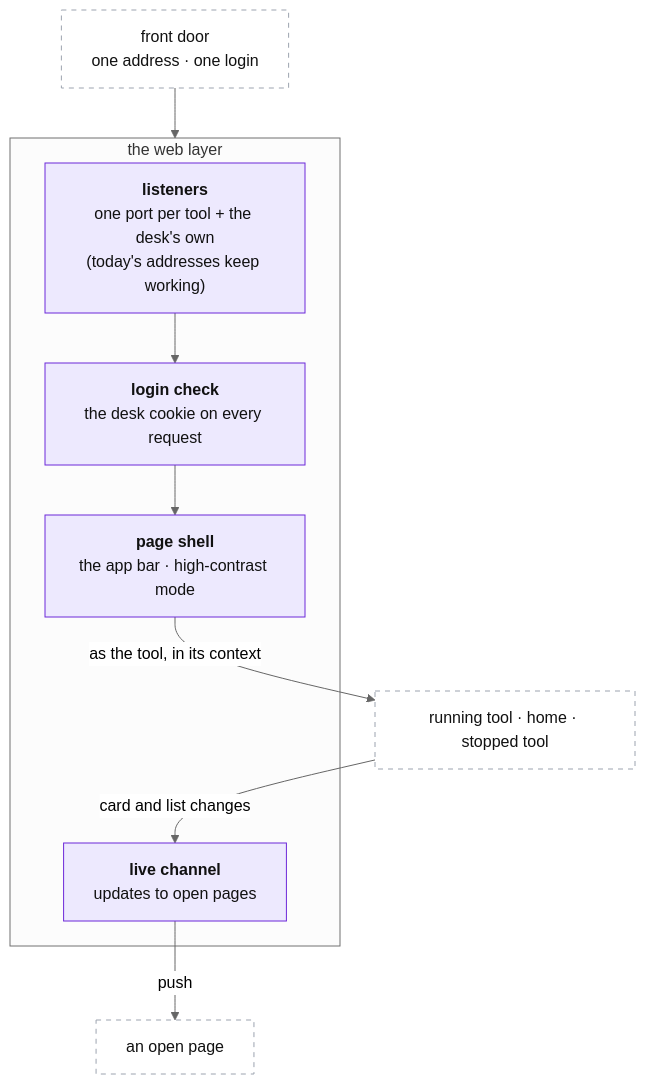
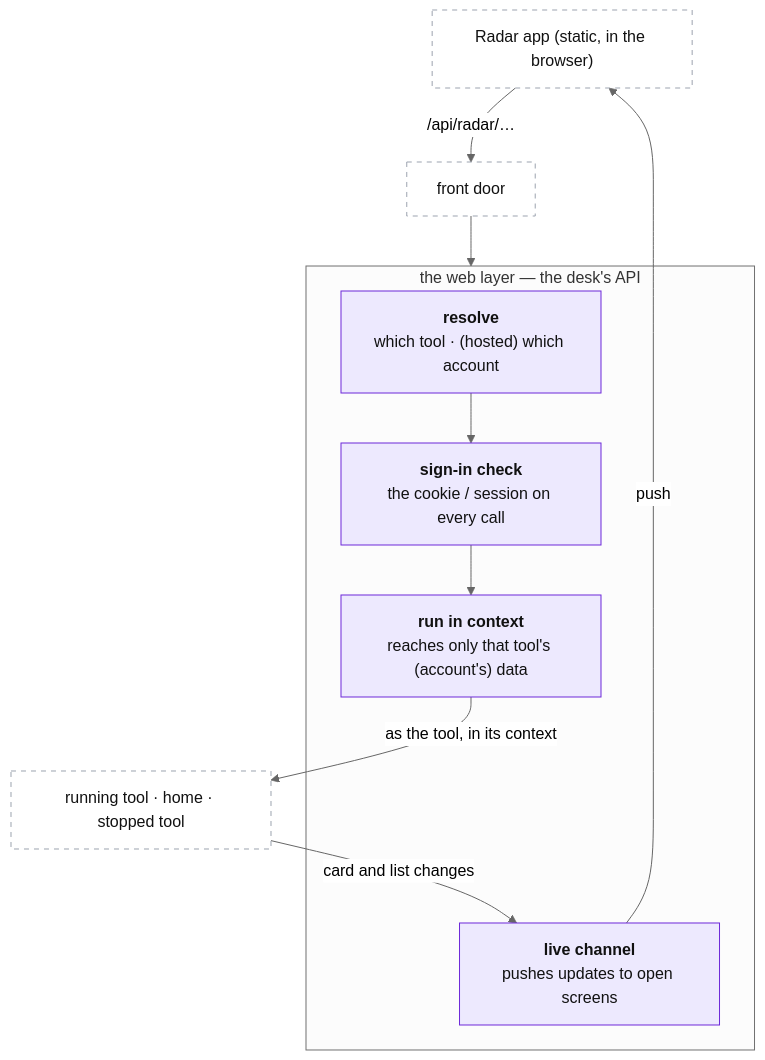
One commit to Mohamed-albadri-1995/Trade-Disk changed the diagram in design/03-desk/WEB.md. Above: the diagram before and after it, drawn with Mermaid (neutral theme). The commit also changed other lines of this file and 2 other files, not shown here.

First line of the commit message:
Design: backward-fit PAGES/WEB/DESK to the product-apps model

````diff
--- a/design/03-desk/WEB.md
+++ b/design/03-desk/WEB.md
@@ -33,18 +35,19 @@
 ```mermaid
 flowchart TB
-  FD["front door<br/>one address · one login"] --> WEB
-  subgraph WEB["the web layer"]
-    LISTEN["<b>listeners</b><br/>one port per tool + the desk's own<br/>(today's addresses keep working)"]
-    AUTH["<b>login check</b><br/>the desk cookie on every request"]
-    SHELL["<b>page shell</b><br/>the app bar · high-contrast mode"]
-    LIVE["<b>live channel</b><br/>updates to open pages"]
+  APP["Radar app (static, in the browser)"] -->|"/api/radar/…"| FD["front door"]
+  FD --> WEB
+  subgraph WEB["the web layer — the desk's API"]
+    RESOLVE["<b>resolve</b><br/>which tool · (hosted) which account"]
+    AUTH["<b>sign-in check</b><br/>the cookie / session on every call"]
+    RUNIN["<b>run in context</b><br/>reaches only that tool's (account's) data"]
+    LIVE["<b>live channel</b><br/>pushes updates to open screens"]
   end
-  LISTEN --> AUTH --> SHELL
-  SHELL -->|"as the tool, in its context"| RUN["running tool · home · stopped tool"]
-  RUN -->|"card and list changes"| LIVE
-  LIVE -->|"push"| PAGE["an open page"]
+  RESOLVE --> AUTH --> RUNIN
+  RUNIN -->|"as the tool, in its context"| CTX["running tool · home · stopped tool"]
+  CTX -->|"card and list changes"| LIVE
+  LIVE -->|"push"| APP
   classDef desk fill:#ede9fe,stroke:#6d28d9,color:#111;
   classDef ext fill:#ffffff,stroke:#9ca3af,stroke-dasharray: 5 5,color:#111;
-  class LISTEN,AUTH,SHELL,LIVE desk;
-  class FD,RUN,PAGE ext;
+  class RESOLVE,AUTH,RUNIN,LIVE desk;
+  class FD,CTX,APP ext;
 ```
````
